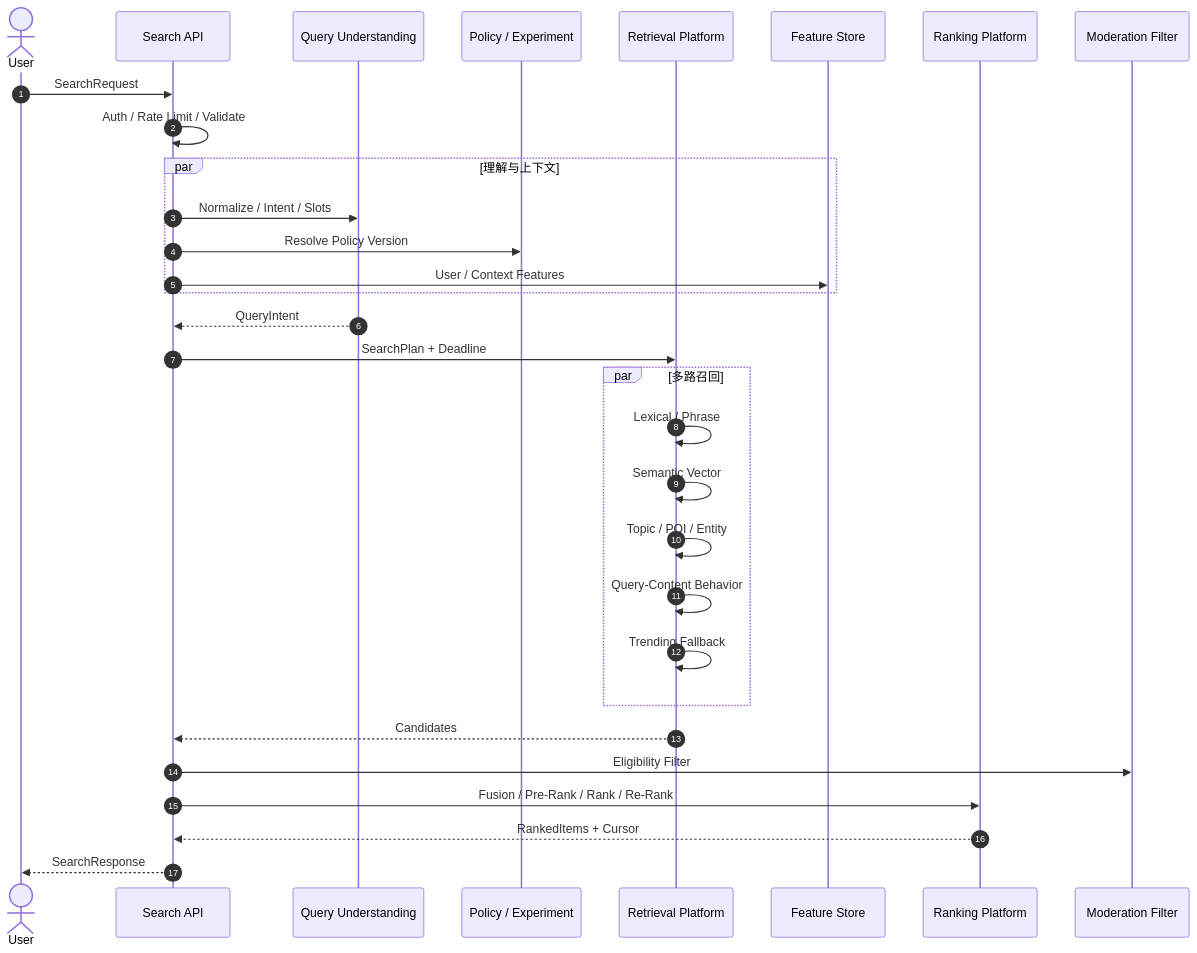
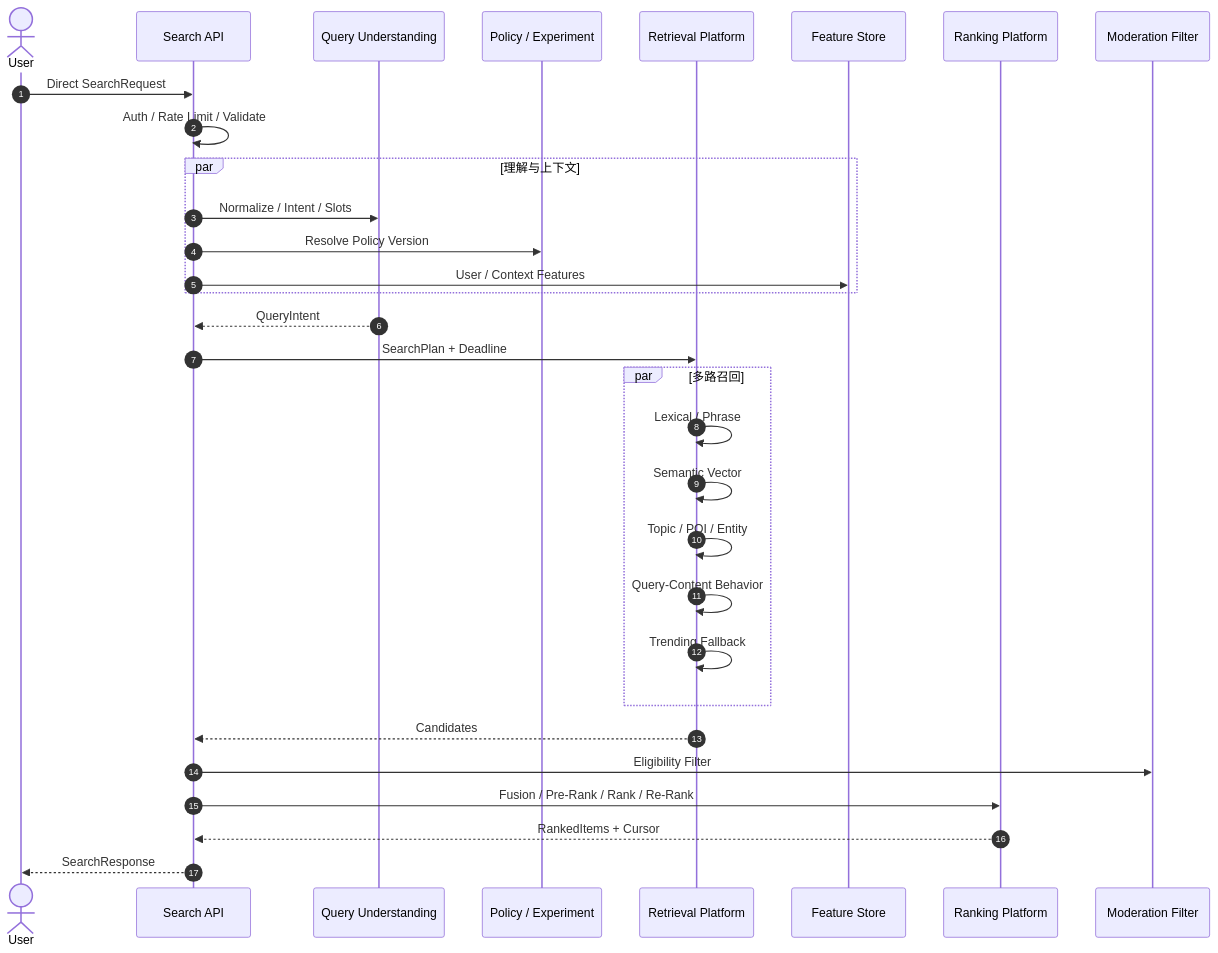
The fourth of 6 diagrams in SeekFlux.md (xhfabn/seekFlux), drawn with Mermaid before and after one commit. The commit also changed other lines of this file, not shown here.

````diff
--- a/SeekFlux.md
+++ b/SeekFlux.md
@@ -568,34 +700,34 @@
 ```mermaid
 sequenceDiagram
     autonumber
     actor User
     participant API as Search API
     participant QU as Query Understanding
     participant EXP as Policy / Experiment
     participant RET as Retrieval Platform
     participant FS as Feature Store
     participant RANK as Ranking Platform
     participant SAFE as Moderation Filter
 
-    User->>API: SearchRequest
+    User->>API: Direct SearchRequest
     API->>API: Auth / Rate Limit / Validate
     par 理解与上下文
         API->>QU: Normalize / Intent / Slots
         API->>EXP: Resolve Policy Version
         API->>FS: User / Context Features
     end
     QU-->>API: QueryIntent
     API->>RET: SearchPlan + Deadline
     par 多路召回
         RET->>RET: Lexical / Phrase
         RET->>RET: Semantic Vector
         RET->>RET: Topic / POI / Entity
         RET->>RET: Query-Content Behavior
         RET->>RET: Trending Fallback
     end
     RET-->>API: Candidates
     API->>SAFE: Eligibility Filter
     API->>RANK: Fusion / Pre-Rank / Rank / Re-Rank
     RANK-->>API: RankedItems + Cursor
     API-->>User: SearchResponse
 ```
````
